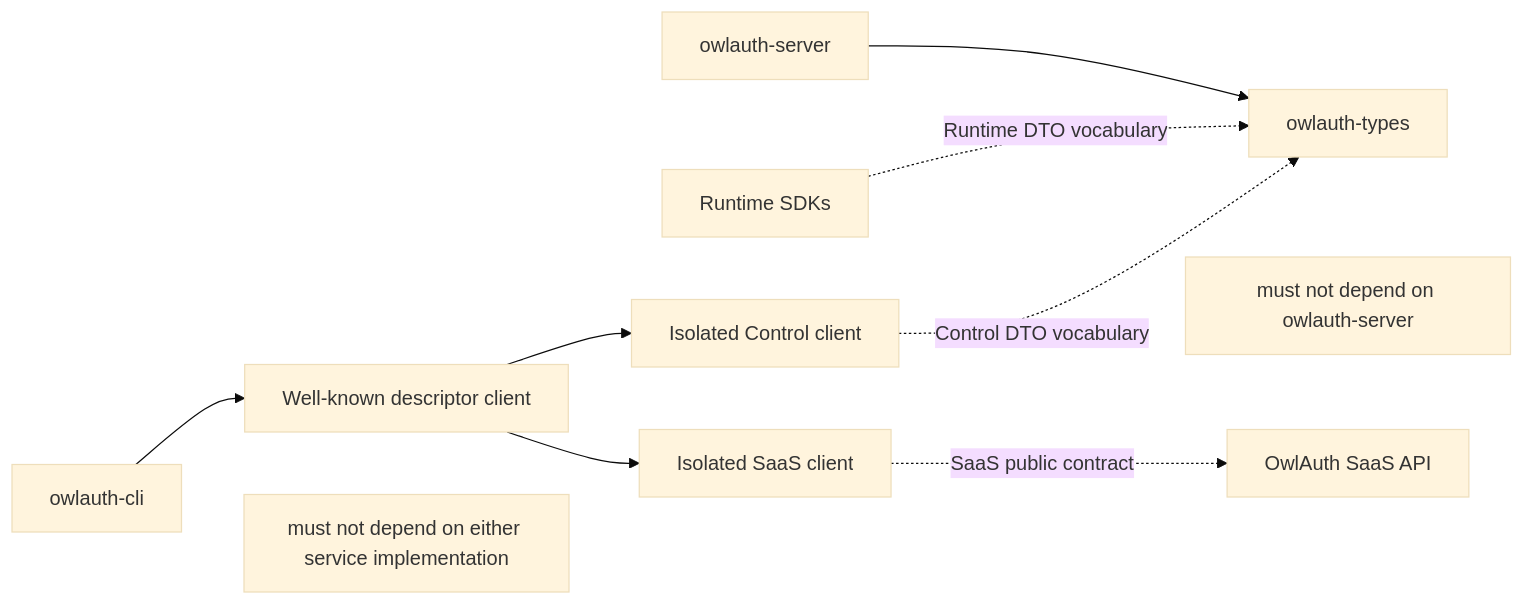
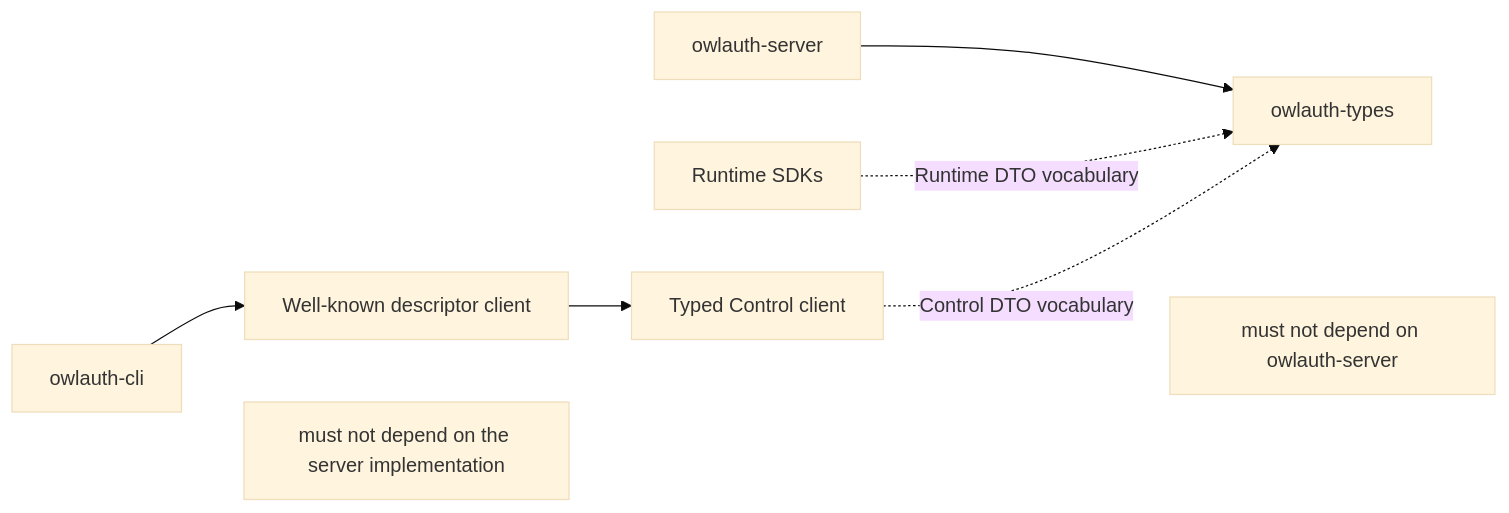
One commit to owlfoundry/owlauth changed the second of 3 diagrams in spec/02-domain-and-crate-boundaries.md. Above: the diagram before and after it, drawn with Mermaid (base theme). The commit also changed other lines of this file and 58 other files, not shown here.

Commit message:
refactor(cli+docs+repo): remove SaaS mode and formalize Beta scope

````diff
--- a/spec/02-domain-and-crate-boundaries.md
+++ b/spec/02-domain-and-crate-boundaries.md
@@ -58,13 +58,11 @@
 ```mermaid
 flowchart LR
     SERVER[owlauth-server] --> TYPES[owlauth-types]
     SDK[Runtime SDKs] -. Runtime DTO vocabulary .-> TYPES
     CLI[owlauth-cli] --> DISCOVERY[Well-known descriptor client]
-    DISCOVERY --> CCLIENT[Isolated Control client]
-    DISCOVERY --> SCLIENT[Isolated SaaS client]
+    DISCOVERY --> CCLIENT[Typed Control client]
     CCLIENT -. Control DTO vocabulary .-> TYPES
-    SCLIENT -. SaaS public contract .-> SAASAPI[OwlAuth SaaS API]
 
-    CLI ~~~ NO1["must not depend on either service implementation"]
+    CLI ~~~ NO1["must not depend on the server implementation"]
     SDK ~~~ NO2["must not depend on owlauth-server"]
 ```
````
